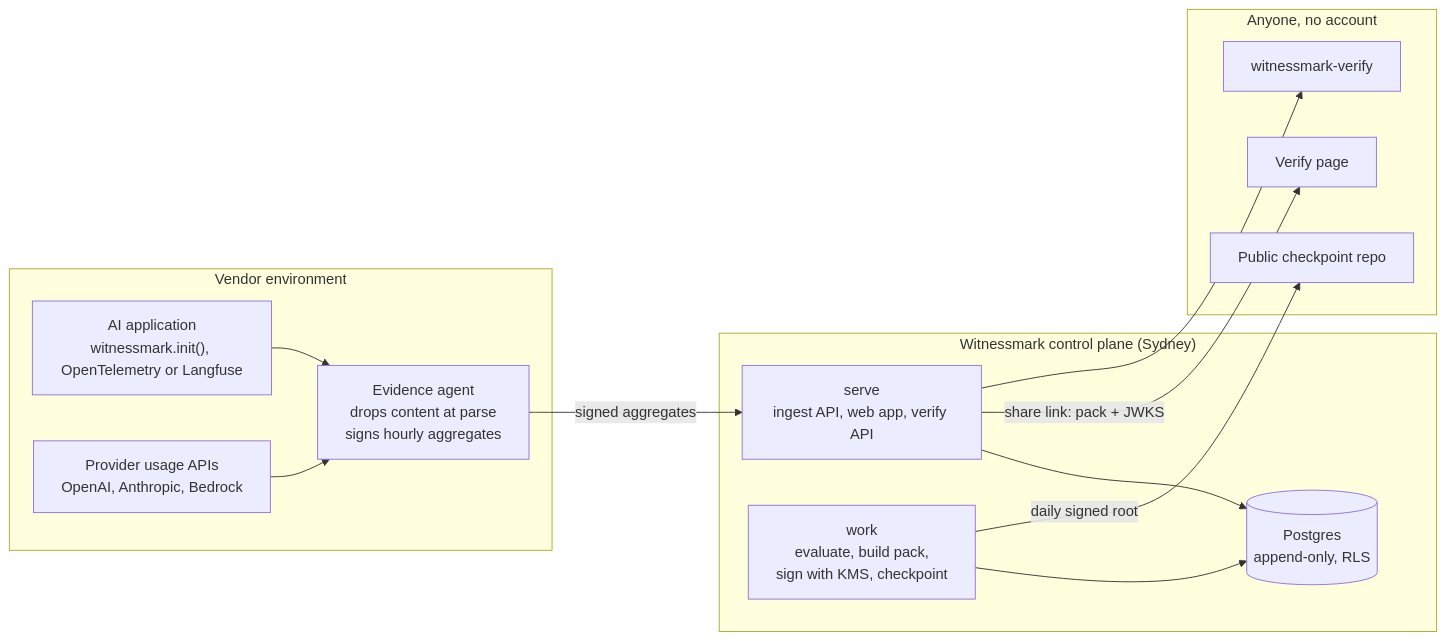
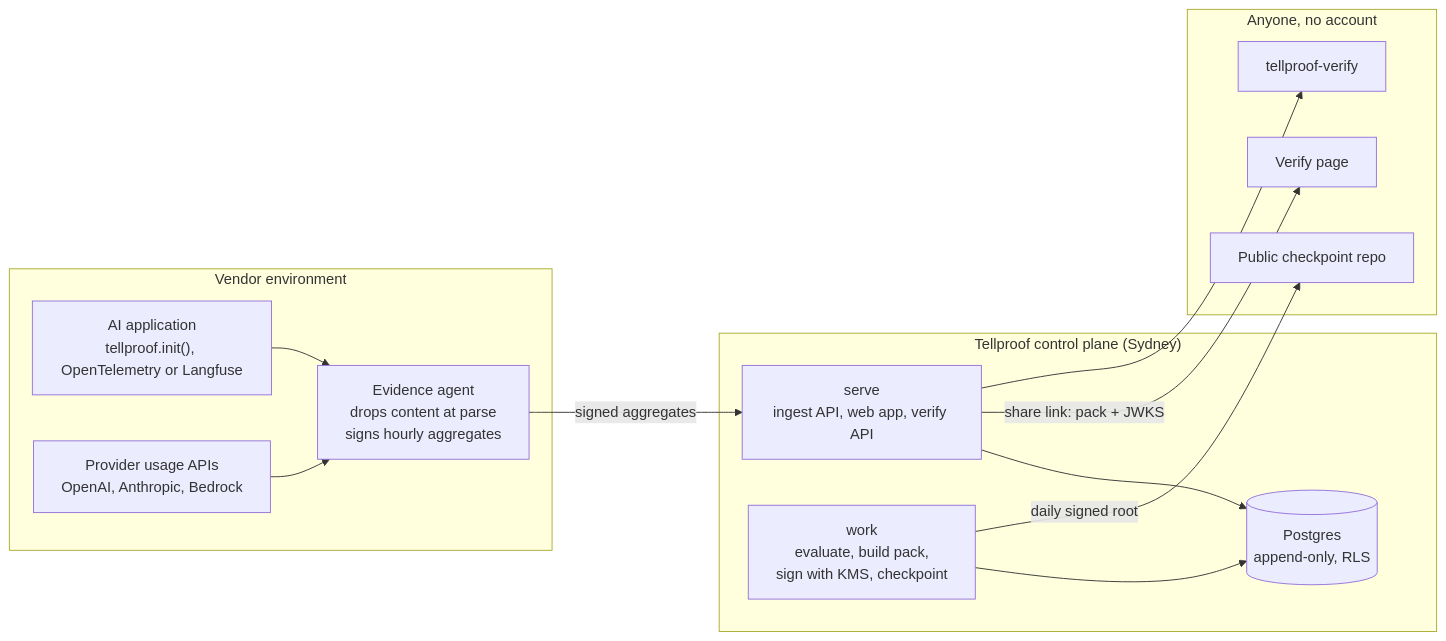
One commit to Lumetrix-Advanced-Technologies/tellproof-cloud changed the diagram in README.md. Above: the diagram before and after it, drawn with Mermaid. The commit also changed other lines of this file and 202 other files, not shown here.

First line of the commit message:
Rename Witnessmark to Tellproof before release (D-059)

````diff
--- a/README.md
+++ b/README.md
@@ -163,20 +163,20 @@
 ```mermaid
 flowchart LR
   subgraph vendor["Vendor environment"]
-    app["AI application<br/>witnessmark.init(), OpenTelemetry or Langfuse"] --> agent["Evidence agent<br/>drops content at parse<br/>signs hourly aggregates"]
+    app["AI application<br/>tellproof.init(), OpenTelemetry or Langfuse"] --> agent["Evidence agent<br/>drops content at parse<br/>signs hourly aggregates"]
     usage["Provider usage APIs<br/>OpenAI, Anthropic, Bedrock"] --> agent
   end
-  subgraph cp["Witnessmark control plane (Sydney)"]
+  subgraph cp["Tellproof control plane (Sydney)"]
     serve["serve<br/>ingest API, web app, verify API"] --> db[("Postgres<br/>append-only, RLS")]
     work["work<br/>evaluate, build pack,<br/>sign with KMS, checkpoint"] --> db
   end
   subgraph anyone["Anyone, no account"]
     page["Verify page"]
-    cli["witnessmark-verify"]
+    cli["tellproof-verify"]
     repo["Public checkpoint repo"]
   end
   agent -- "signed aggregates" --> serve
   serve -- "share link: pack + JWKS" --> page
   serve --> cli
   work -- "daily signed root" --> repo
 ```
````
